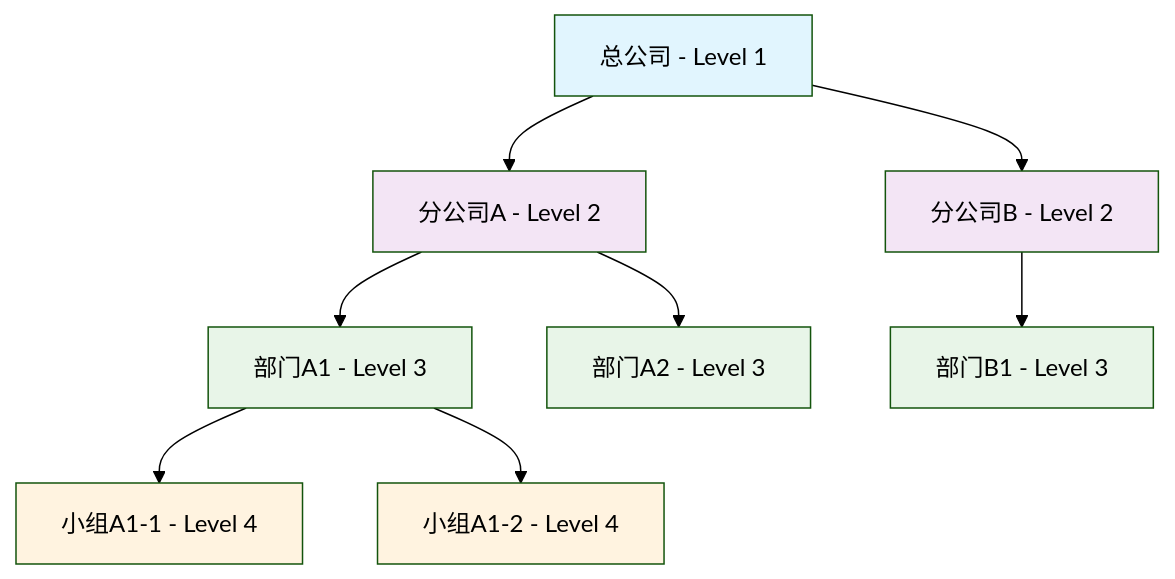
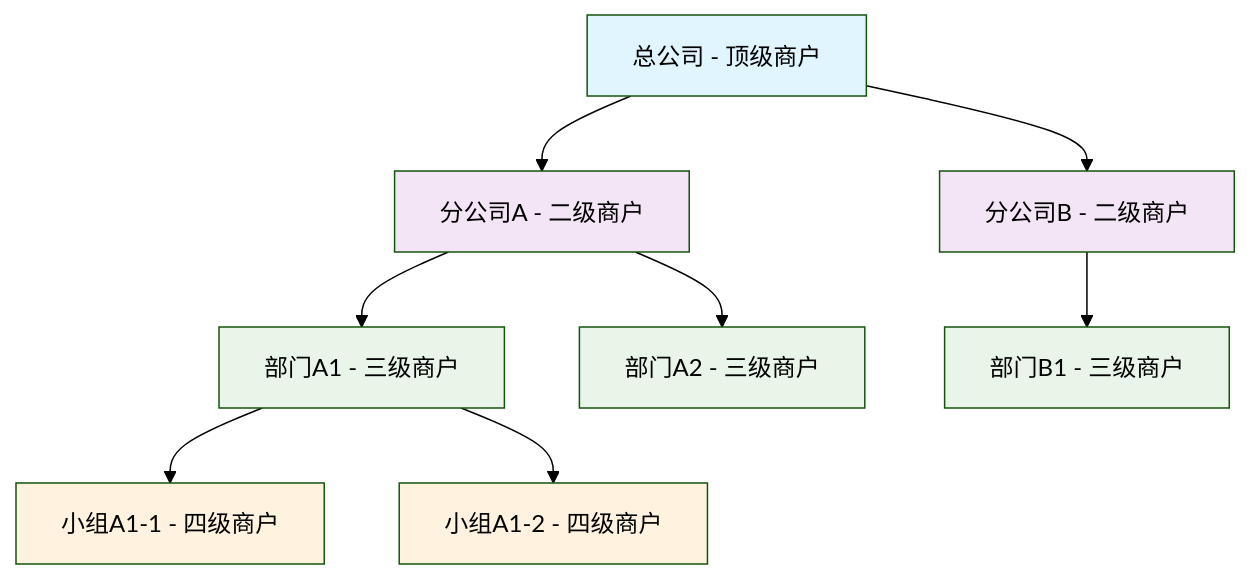
The fourth of 17 diagrams in .qoder/quests/merchant-management-feature.md (lele0124/qqgva), drawn with Mermaid (forest theme) before and after one commit. The commit also changed other lines of this file, not shown here.

````diff
--- a/.qoder/quests/merchant-management-feature.md
+++ b/.qoder/quests/merchant-management-feature.md
@@ -783,28 +959,28 @@
 ```mermaid
 graph TD
-    A[总公司 - Level 1]
-    B[分公司A - Level 2]
-    C[分公司B - Level 2]
-    D[部门A1 - Level 3]
-    E[部门A2 - Level 3]
-    F[部门B1 - Level 3]
-    G[小组A1-1 - Level 4]
-    H[小组A1-2 - Level 4]
+    A[总公司 - 顶级商户]
+    B[分公司A - 二级商户]
+    C[分公司B - 二级商户]
+    D[部门A1 - 三级商户]
+    E[部门A2 - 三级商户]
+    F[部门B1 - 三级商户]
+    G[小组A1-1 - 四级商户]
+    H[小组A1-2 - 四级商户]
     
     A --> B
     A --> C
     B --> D
     B --> E
     C --> F
     D --> G
     D --> H
     
     style A fill:#e1f5fe
     style B fill:#f3e5f5
     style C fill:#f3e5f5
     style D fill:#e8f5e8
     style E fill:#e8f5e8
     style F fill:#e8f5e8
     style G fill:#fff3e0
     style H fill:#fff3e0
 ```
````
